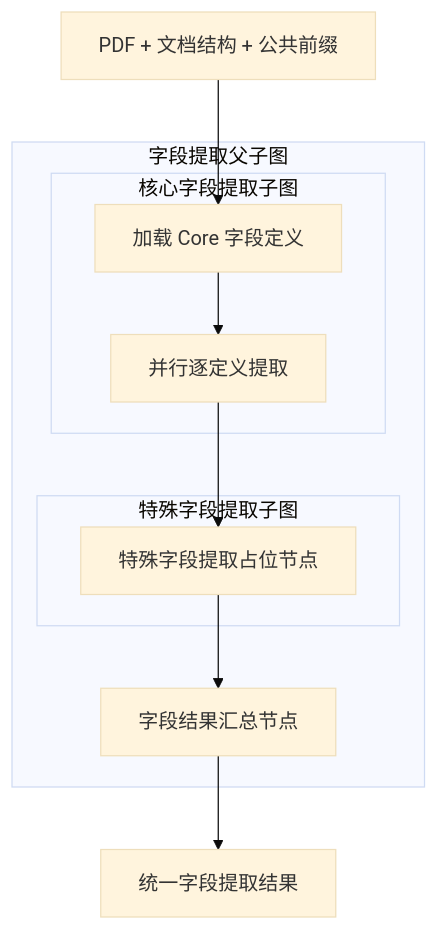
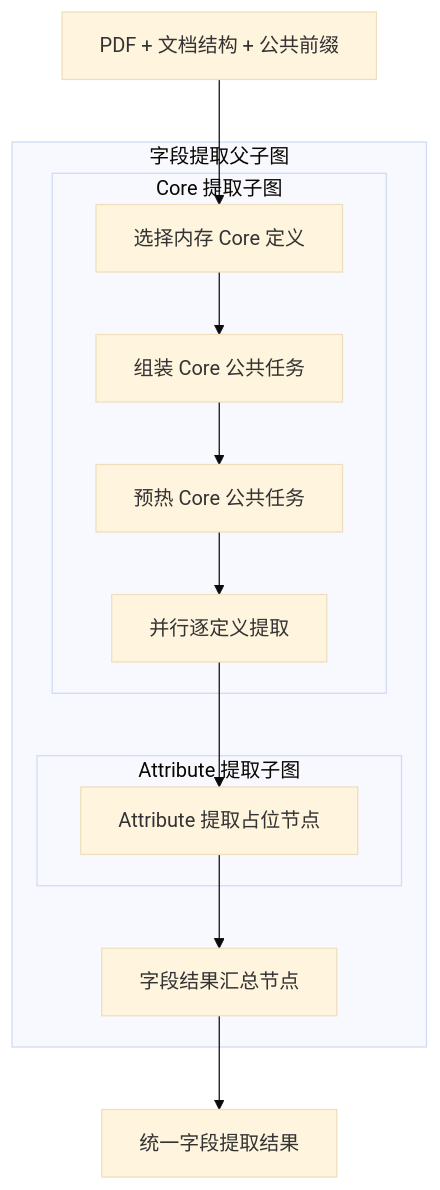
One commit to caicai-6666/contract-service-be changed the diagram in description/architecture/subgraph/field-extraction.md. Above: the diagram before and after it, drawn with Mermaid (base theme). The commit also changed other lines of this file and 71 other files, not shown here.

Commit message:
complete many extraction node 1.update pdf preprocessing 2.design mllm chat-template 3.contract classification 4.extract core field

````diff
--- a/description/architecture/subgraph/field-extraction.md
+++ b/description/architecture/subgraph/field-extraction.md
@@ -13,22 +13,24 @@
 ```mermaid
 flowchart TD
     input["PDF + 文档结构 + 公共前缀"]
 
     subgraph field_extraction["字段提取父子图"]
-        subgraph core_field["核心字段提取子图"]
-            load_core["加载 Core 字段定义"]
+        subgraph core["Core 提取子图"]
+            select_core["选择内存 Core 定义"]
+            assemble_core["组装 Core 公共任务"]
+            prefill_core["预热 Core 公共任务"]
             extract_core["并行逐定义提取"]
-            load_core --> extract_core
+            select_core --> assemble_core --> prefill_core --> extract_core
         end
 
-        subgraph special_field["特殊字段提取子图"]
-            extract_special["特殊字段提取占位节点"]
+        subgraph attribute["Attribute 提取子图"]
+            extract_attribute["Attribute 提取占位节点"]
         end
 
         merge["字段结果汇总节点"]
-        extract_core --> extract_special --> merge
+        extract_core --> extract_attribute --> merge
     end
 
-    input --> load_core
+    input --> select_core
     merge --> output["统一字段提取结果"]
 ```
````
